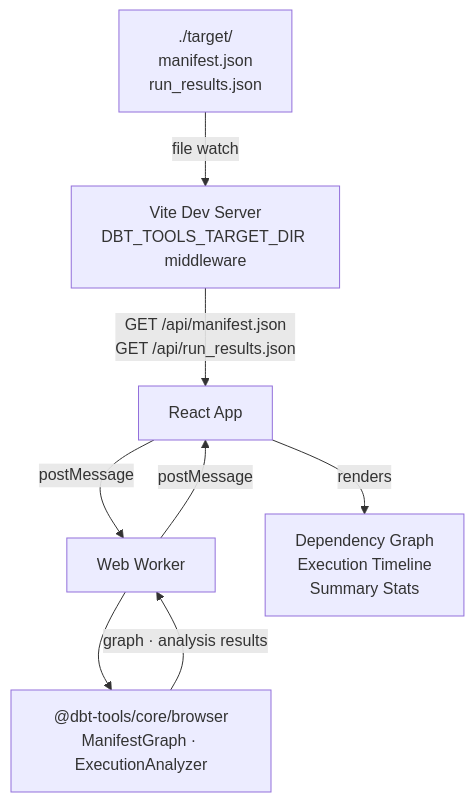
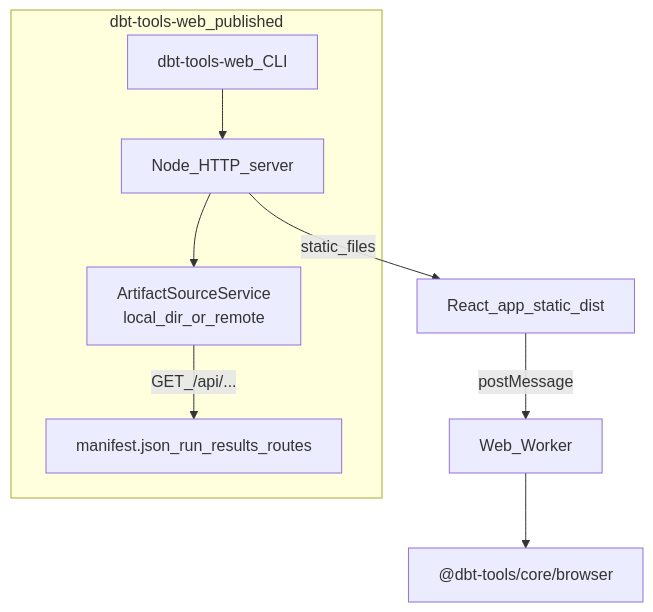
The diagram in packages/dbt-tools/web/README.md (yu-iskw/dbt-artifacts-parser-ts), drawn with Mermaid before and after one commit. The commit also changed other lines of this file and 13 other files, not shown here.

````diff
--- a/packages/dbt-tools/web/README.md
+++ b/packages/dbt-tools/web/README.md
@@ -41,16 +60,19 @@
 ```mermaid
 graph TD
-  FS["./target/\nmanifest.json\nrun_results.json"]
-  VDS[Vite Dev Server\nDBT_TOOLS_TARGET_DIR middleware]
-  APP[React App]
-  WW[Web Worker]
-  CORE["@dbt-tools/core/browser\nManifestGraph · ExecutionAnalyzer"]
+  subgraph npmServer [dbt-tools-web_published]
+    BIN[dbt-tools-web_CLI]
+    HTTP[Node_HTTP_server]
+    ART[ArtifactSourceService\nlocal_dir_or_remote]
+    BIN --> HTTP
+    HTTP --> ART
+    ART -->|GET_/api/...| API[manifest.json_run_results_routes]
+  end
 
-  FS -->|file watch| VDS
-  VDS -->|GET /api/manifest.json\nGET /api/run_results.json| APP
+  APP[React_app_static_dist]
+  WW[Web_Worker]
+  CORE["@dbt-tools/core/browser"]
+
+  HTTP -->|static_files| APP
   APP -->|postMessage| WW
   WW --> CORE
-  CORE -->|graph · analysis results| WW
-  WW -->|postMessage| APP
-  APP -->|renders| UI[Dependency Graph\nExecution Timeline\nSummary Stats]
 ```
````
